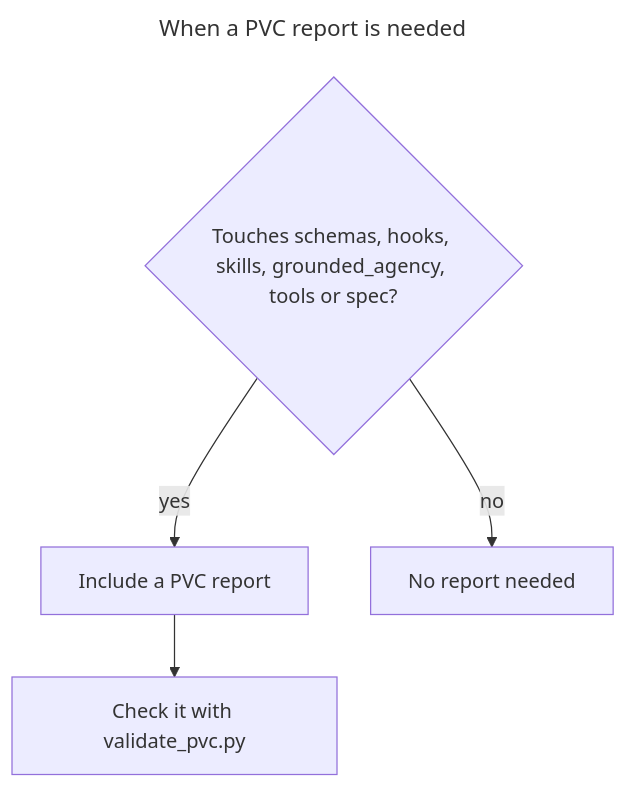
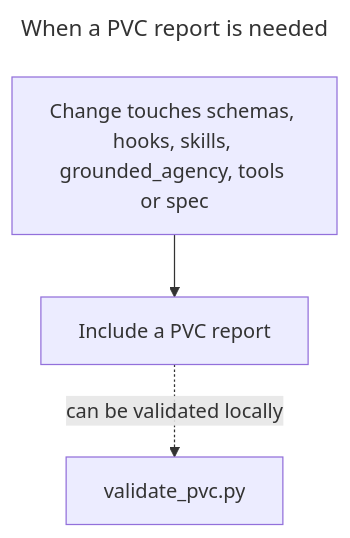
The second of 2 diagrams in CONTRIBUTING.md (synaptiai/agent-capability-standard), drawn with Mermaid before and after one commit. The commit also changed 3 other files, not shown here.

First line of the commit message:
docs: correct Mermaid diagrams that said more than their text

````diff
--- a/CONTRIBUTING.md
+++ b/CONTRIBUTING.md
@@ -96,10 +96,9 @@
 ```mermaid
 ---
 title: When a PVC report is needed
 ---
 flowchart TB
-  accDescr: A change that touches a critical path, schemas, hooks, skills, grounded_agency, tools or spec, includes a PVC report, which validate_pvc.py can check locally.
-  ch{"Touches schemas, hooks, skills, grounded_agency, tools or spec?"} -->|yes| pvc[Include a PVC report]
-  pvc --> v[Check it with validate_pvc.py]
-  ch -->|no| none[No report needed]
+  accDescr: A change that touches a critical path, schemas, hooks, skills, grounded_agency, tools or spec, includes a PVC report, which can be validated locally with validate_pvc.py.
+  ch["Change touches schemas, hooks, skills, grounded_agency, tools or spec"] --> pvc[Include a PVC report]
+  pvc -.->|can be validated locally| v[validate_pvc.py]
 ```
````
